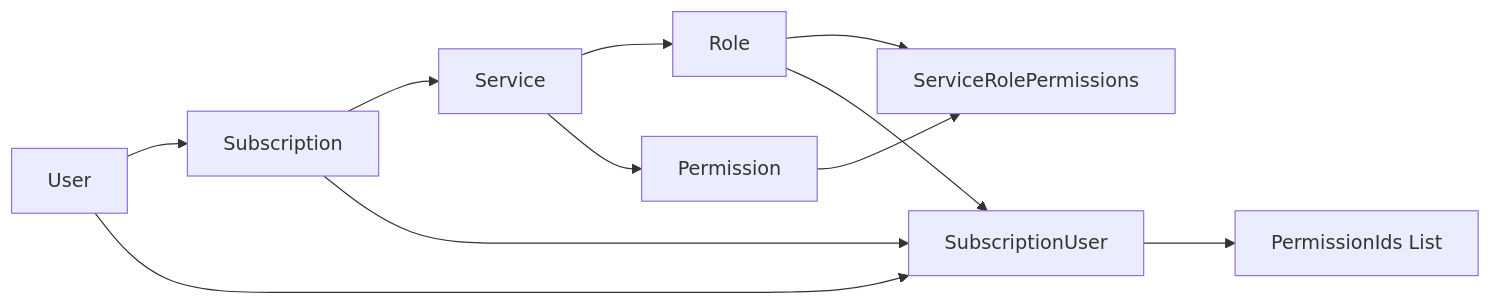
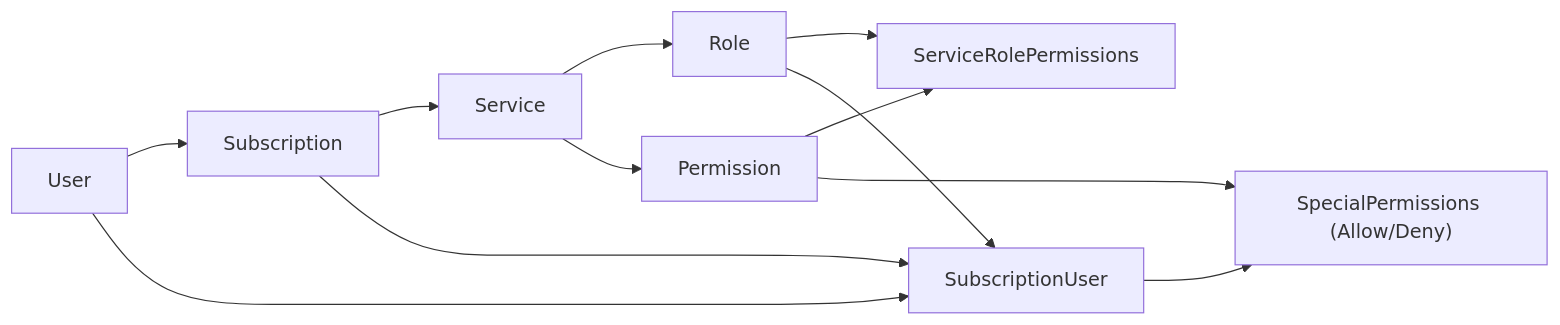
Before and after one commit to krishnasPrat/usermanagement: the first of 2 diagrams in docs/design/schema_design.md, drawn with Mermaid. The commit also changed other lines of this file and 15 other files, not shown here.

Commit message:
added manage special permission

````diff
--- a/docs/design/schema_design.md
+++ b/docs/design/schema_design.md
@@ -5,17 +5,18 @@
 ```mermaid
 flowchart LR
   U[User] --> S[Subscription]
   S --> SV[Service]
 
   SV --> R[Role]
   SV --> P[Permission]
 
   R --> SRP[ServiceRolePermissions]
   P --> SRP
 
   S --> SU[SubscriptionUser]
   U --> SU
   R --> SU
 
-  SU --> PL[PermissionIds List]
+  SU --> SP["SpecialPermissions (Allow/Deny)"]
+  P --> SP
 ```
````
